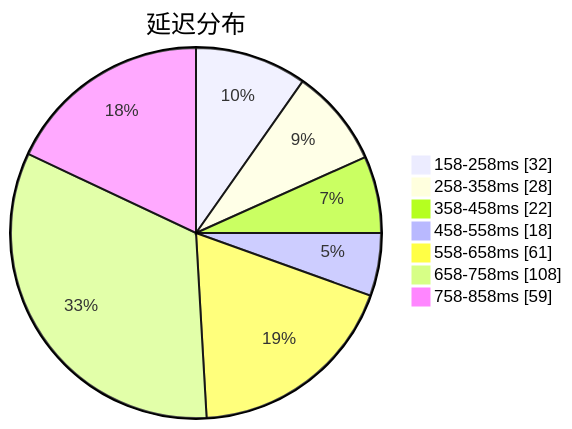
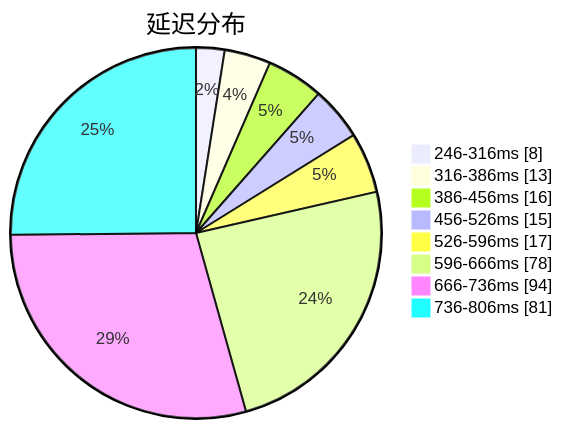
The first of 3 diagrams in subs/statistics/tested_within.md (qjlxg/airport), drawn with Mermaid before and after one commit. The commit also changed other lines of this file and 2 other files, not shown here.

Commit message:
Tested by metaST

````diff
--- a/subs/statistics/tested_within.md
+++ b/subs/statistics/tested_within.md
@@ -2,11 +2,12 @@
 ```mermaid
 pie showData
 title 延迟分布
-"158-258ms" : 32
-"258-358ms" : 28
-"358-458ms" : 22
-"458-558ms" : 18
-"558-658ms" : 61
-"658-758ms" : 108
-"758-858ms" : 59
+"246-316ms" : 8
+"316-386ms" : 13
+"386-456ms" : 16
+"456-526ms" : 15
+"526-596ms" : 17
+"596-666ms" : 78
+"666-736ms" : 94
+"736-806ms" : 81
 ```
````
